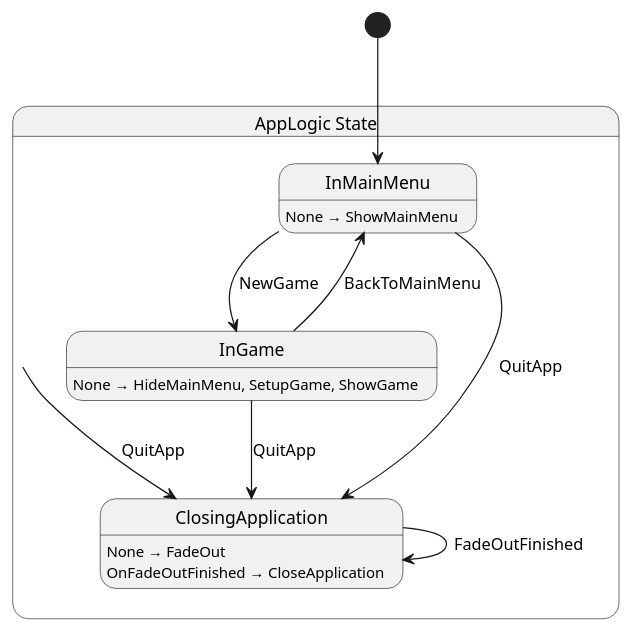
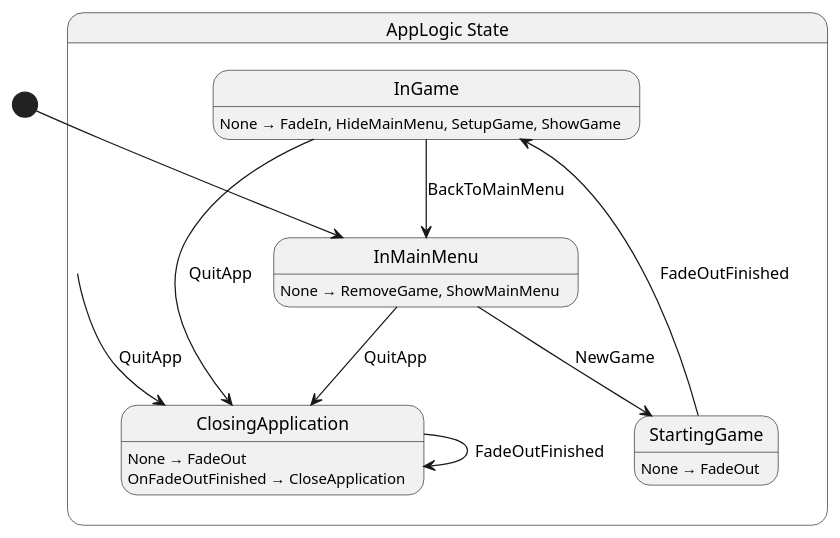
One commit to Nilsiker/Adventure changed the diagram in src/app/App.g.puml. Above: the diagram before and after it, drawn with PlantUML. The commit also changed 17 other files, not shown here.

Commit message:
implement naive "back to main menu" from pause

```diff
--- a/src/app/App.g.puml
+++ b/src/app/App.g.puml
@@ -1,21 +1,24 @@
 @startuml AppLogic
 state "AppLogic State" as Shellguard_AppLogic_State {
+  state "ClosingApplication" as Shellguard_AppLogic_State_ClosingApplication
+  state "InGame" as Shellguard_AppLogic_State_InGame
   state "InMainMenu" as Shellguard_AppLogic_State_InMainMenu
-  state "InGame" as Shellguard_AppLogic_State_InGame
-  state "ClosingApplication" as Shellguard_AppLogic_State_ClosingApplication
+  state "StartingGame" as Shellguard_AppLogic_State_StartingGame
 }
 
 Shellguard_AppLogic_State --> Shellguard_AppLogic_State_ClosingApplication : QuitApp
 Shellguard_AppLogic_State_ClosingApplication --> Shellguard_AppLogic_State_ClosingApplication : FadeOutFinished
 Shellguard_AppLogic_State_InGame --> Shellguard_AppLogic_State_ClosingApplication : QuitApp
 Shellguard_AppLogic_State_InGame --> Shellguard_AppLogic_State_InMainMenu : BackToMainMenu
 Shellguard_AppLogic_State_InMainMenu --> Shellguard_AppLogic_State_ClosingApplication : QuitApp
-Shellguard_AppLogic_State_InMainMenu --> Shellguard_AppLogic_State_InGame : NewGame
+Shellguard_AppLogic_State_InMainMenu --> Shellguard_AppLogic_State_StartingGame : NewGame
+Shellguard_AppLogic_State_StartingGame --> Shellguard_AppLogic_State_InGame : FadeOutFinished
 
 Shellguard_AppLogic_State_ClosingApplication : None → FadeOut
 Shellguard_AppLogic_State_ClosingApplication : OnFadeOutFinished → CloseApplication
-Shellguard_AppLogic_State_InGame : None → HideMainMenu, SetupGame, ShowGame
-Shellguard_AppLogic_State_InMainMenu : None → ShowMainMenu
+Shellguard_AppLogic_State_InGame : None → FadeIn, HideMainMenu, SetupGame, ShowGame
+Shellguard_AppLogic_State_InMainMenu : None → RemoveGame, ShowMainMenu
+Shellguard_AppLogic_State_StartingGame : None → FadeOut
 
 [*] --> Shellguard_AppLogic_State_InMainMenu
 @enduml
```
